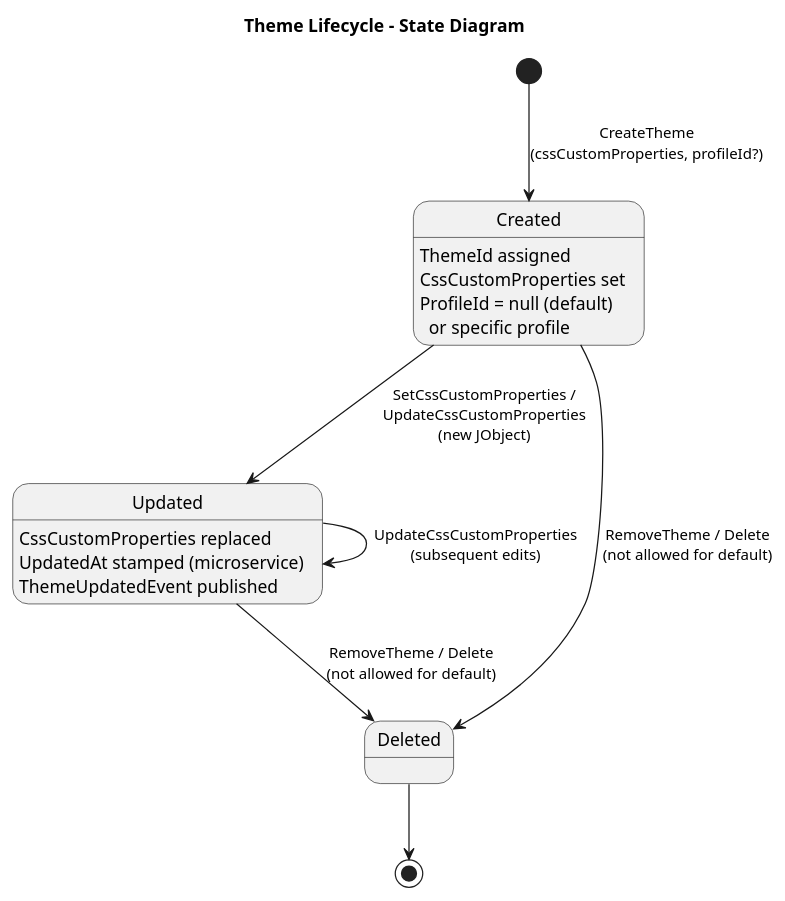
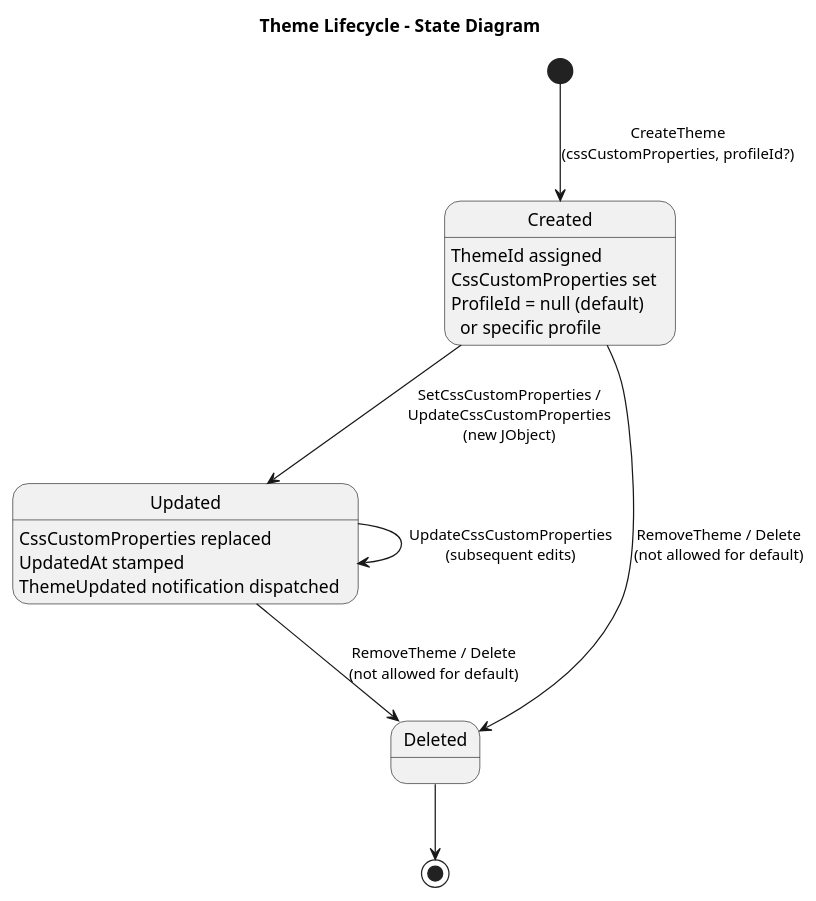
Before and after one commit to QuinntyneBrown/Coop: the diagram in docs/detailed-designs/10-theme-and-content-customization/state-theme-lifecycle.puml, drawn with PlantUML. The commit also changed 10 other files, not shown here.

Commit message:
Update PlantUML diagrams for messaging, onboarding, theme, and API layer

```diff
--- a/docs/detailed-designs/10-theme-and-content-customization/state-theme-lifecycle.puml
+++ b/docs/detailed-designs/10-theme-and-content-customization/state-theme-lifecycle.puml
@@ -1,33 +1,33 @@
 @startuml state-theme-lifecycle
 
 skinparam defaultFontSize 12
 skinparam shadowing false
 skinparam stateFontSize 14
 skinparam pageMargin 10
 
 title Theme Lifecycle - State Diagram
 
 [*] --> Created : CreateTheme\n(cssCustomProperties, profileId?)
 
 state Created {
     Created : ThemeId assigned
     Created : CssCustomProperties set
     Created : ProfileId = null (default)\n  or specific profile
 }
 
 Created --> Updated : SetCssCustomProperties /\nUpdateCssCustomProperties\n(new JObject)
 
 state Updated {
     Updated : CssCustomProperties replaced
-    Updated : UpdatedAt stamped (microservice)
-    Updated : ThemeUpdatedEvent published
+    Updated : UpdatedAt stamped
+    Updated : ThemeUpdated notification dispatched
 }
 
 Updated --> Updated : UpdateCssCustomProperties\n(subsequent edits)
 
 Created --> Deleted : RemoveTheme / Delete\n(not allowed for default)
 Updated --> Deleted : RemoveTheme / Delete\n(not allowed for default)
 
 Deleted --> [*]
 
 @enduml
```
